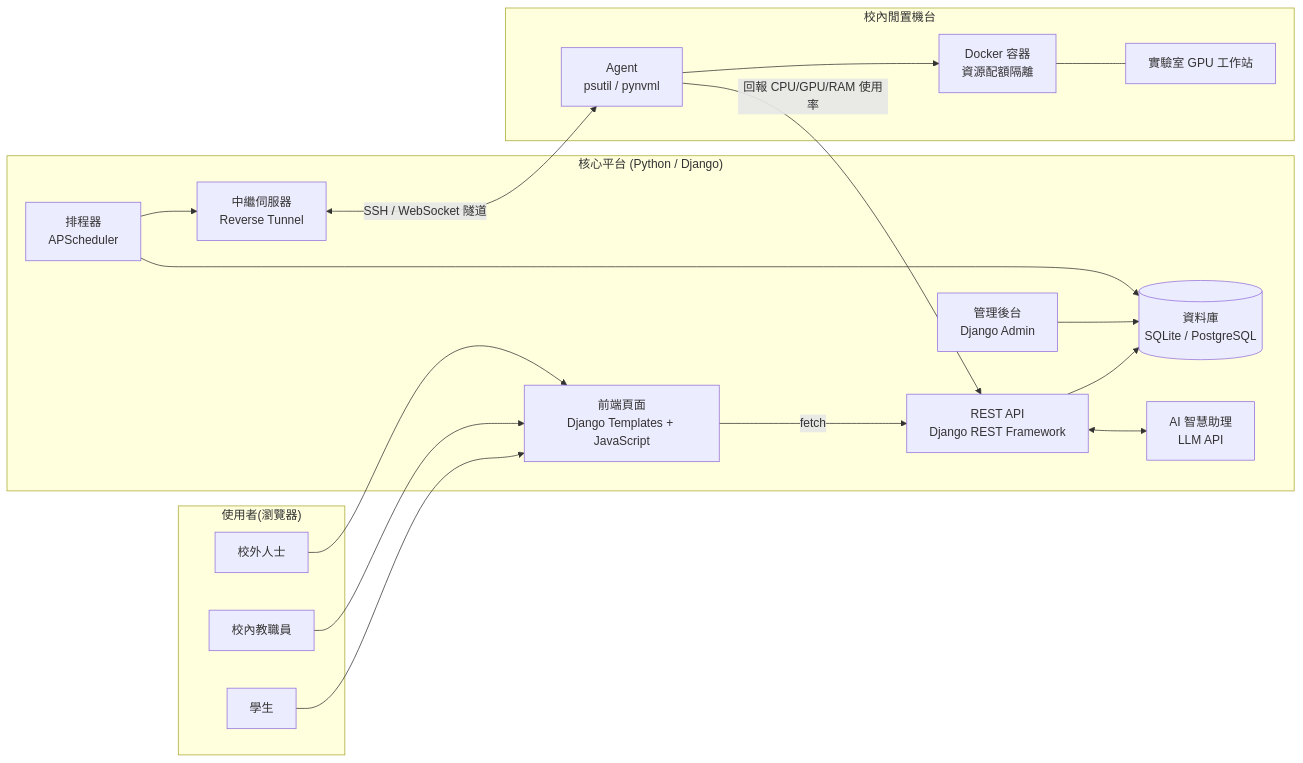
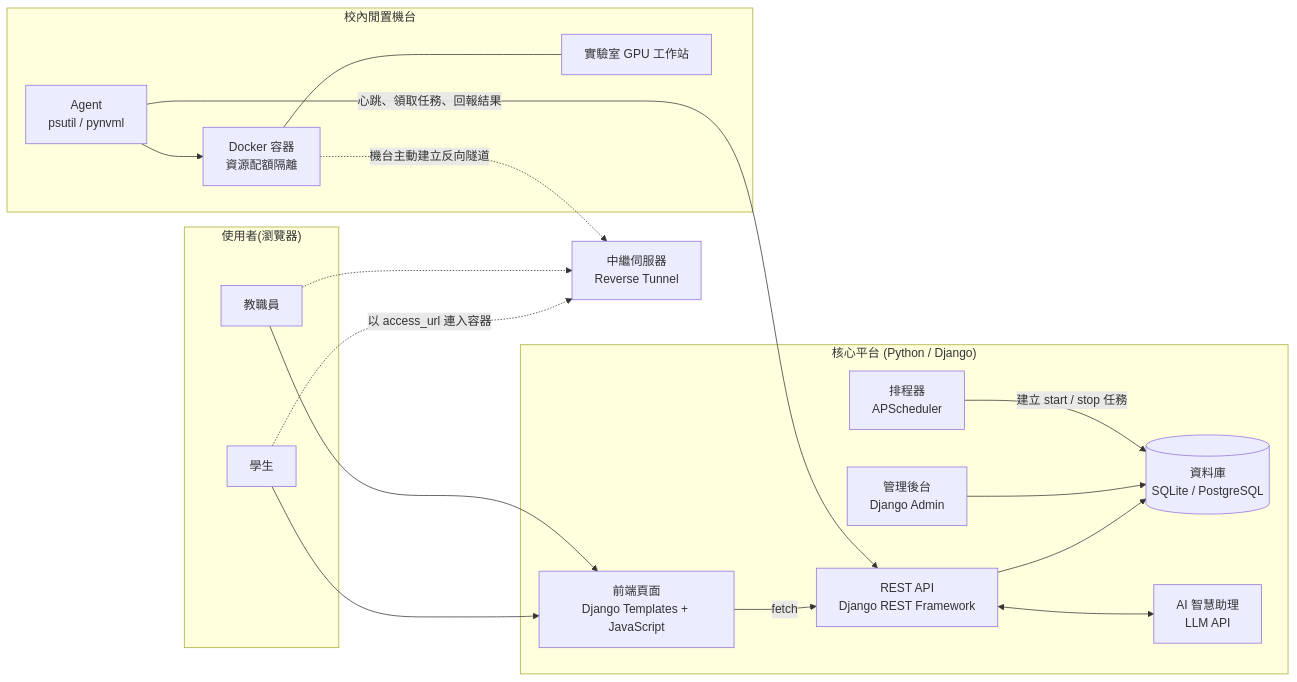
One commit to thechi222/SCU_contest changed the diagram in README.md. Above: the diagram before and after it, drawn with Mermaid. The commit also changed other lines of this file and 51 other files, not shown here.

````diff
--- a/README.md
+++ b/README.md
@@ -95,38 +99,38 @@
 ```mermaid
 flowchart LR
     subgraph Users["使用者(瀏覽器)"]
         S[學生]
-        F[校內教職員]
-        E[校外人士]
+        F[教職員]
     end
 
     subgraph Platform["核心平台 (Python / Django)"]
         WEB[前端頁面<br/>Django Templates + JavaScript]
         API[REST API<br/>Django REST Framework]
         ADMIN[管理後台<br/>Django Admin]
         DB[(資料庫<br/>SQLite / PostgreSQL)]
         SCHED[排程器<br/>APScheduler]
-        RELAY[中繼伺服器<br/>Reverse Tunnel]
         AI[AI 智慧助理<br/>LLM API]
     end
+
+    RELAY[中繼伺服器<br/>Reverse Tunnel]
 
     subgraph Machines["校內閒置機台"]
         A1[Agent<br/>psutil / pynvml]
         C1[Docker 容器<br/>資源配額隔離]
         M1[實驗室 GPU 工作站]
     end
 
     S --> WEB
     F --> WEB
-    E --> WEB
     WEB -->|fetch| API
     API --> DB
     ADMIN --> DB
-    SCHED --> DB
+    SCHED -->|建立 start / stop 任務| DB
     API <--> AI
-    SCHED --> RELAY
-    RELAY <-->|SSH / WebSocket 隧道| A1
+    A1 -->|心跳、領取任務、回報結果| API
     A1 --> C1
     C1 --- M1
-    A1 -- 回報 CPU/GPU/RAM 使用率 --> API
+    C1 -.->|機台主動建立反向隧道| RELAY
+    S -.->|以 access_url 連入容器| RELAY
+    F -.-> RELAY
 ```
````
